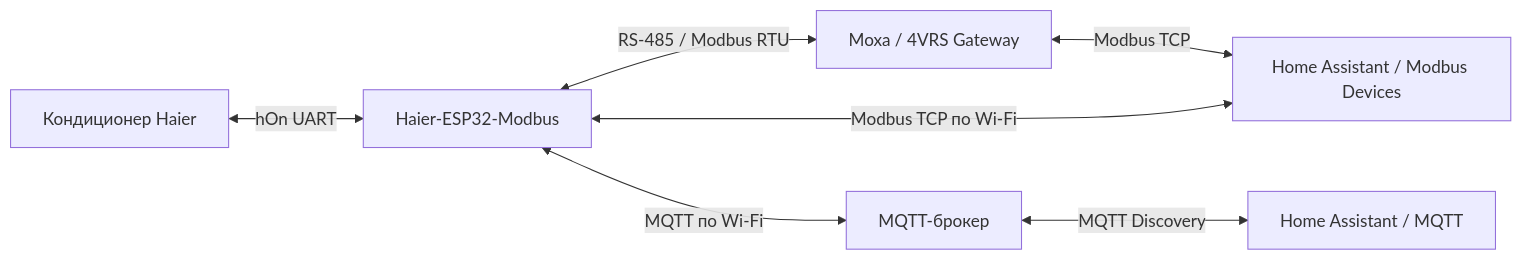
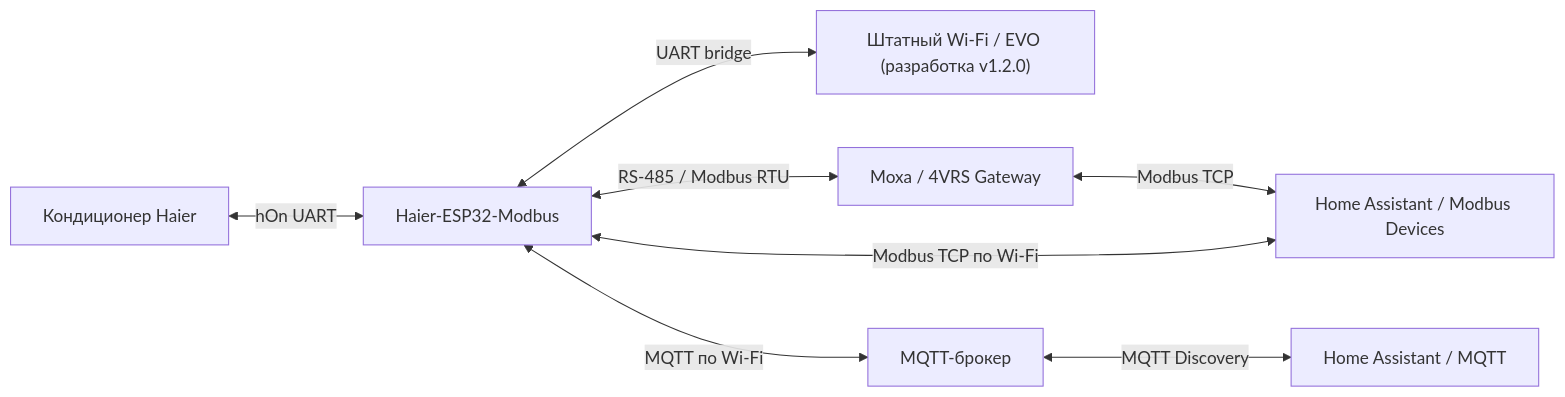
Before and after one commit to dk-1983/Haier-ESP32-Modbus: the diagram in README_RU.md, drawn with Mermaid. The commit also changed other lines of this file and 29 other files, not shown here.

Commit message:
Add Haier factory UART bridge and prepare v1.2.0 public build

````diff
--- a/README_RU.md
+++ b/README_RU.md
@@ -130,9 +149,10 @@
 ```mermaid
 flowchart LR
   AC["Кондиционер Haier"] <-->|"hOn UART"| ESP["Haier-ESP32-Modbus"]
+  ESP <-->|"UART bridge"| FACTORY["Штатный Wi-Fi / EVO (разработка v1.2.0)"]
   ESP <-->|"RS-485 / Modbus RTU"| MOXA["Moxa / 4VRS Gateway"]
   MOXA <-->|"Modbus TCP"| HA["Home Assistant / Modbus Devices"]
   ESP <-->|"Modbus TCP по Wi-Fi"| HA
   ESP <-->|"MQTT по Wi-Fi"| BROKER["MQTT-брокер"]
   BROKER <-->|"MQTT Discovery"| HAMQTT["Home Assistant / MQTT"]
 ```
````
